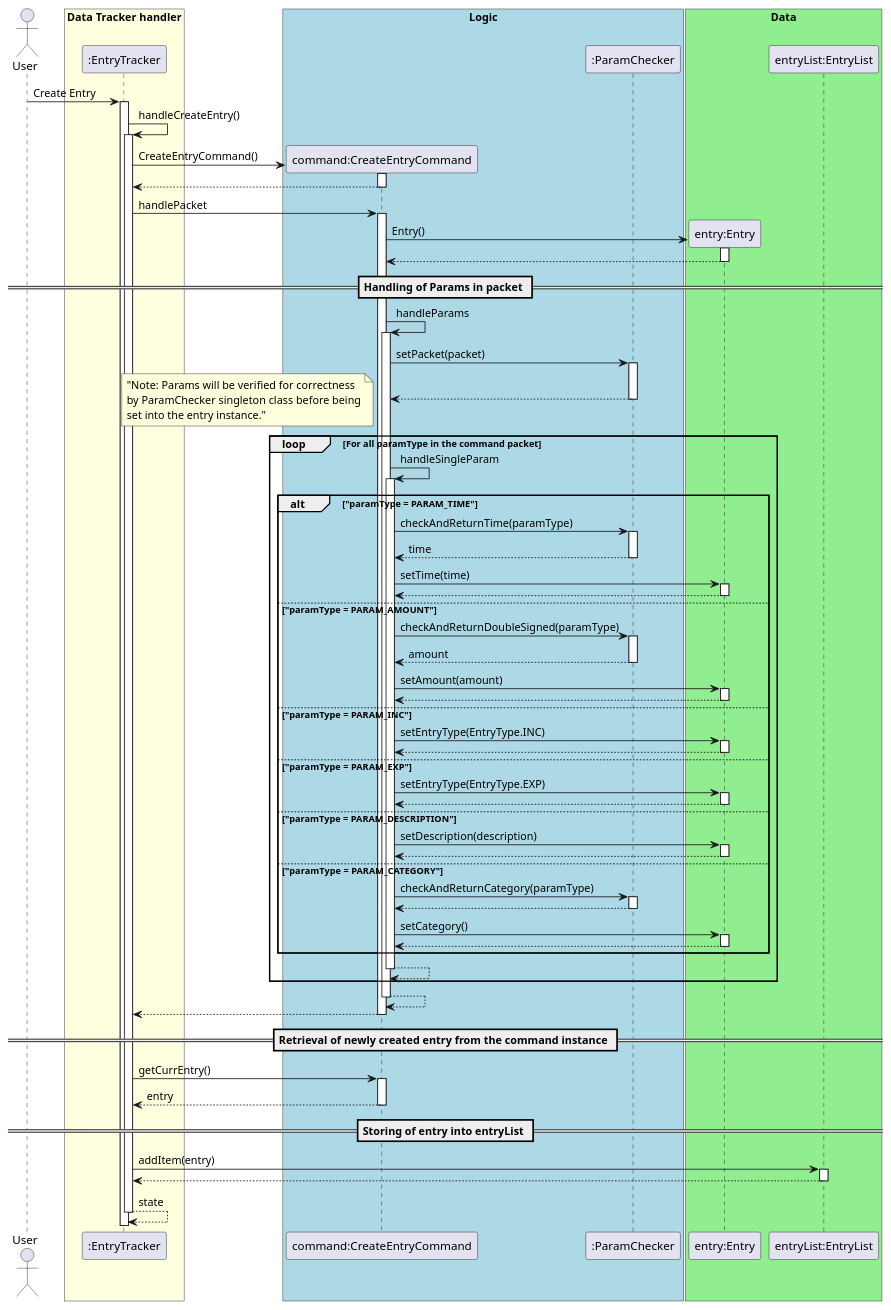
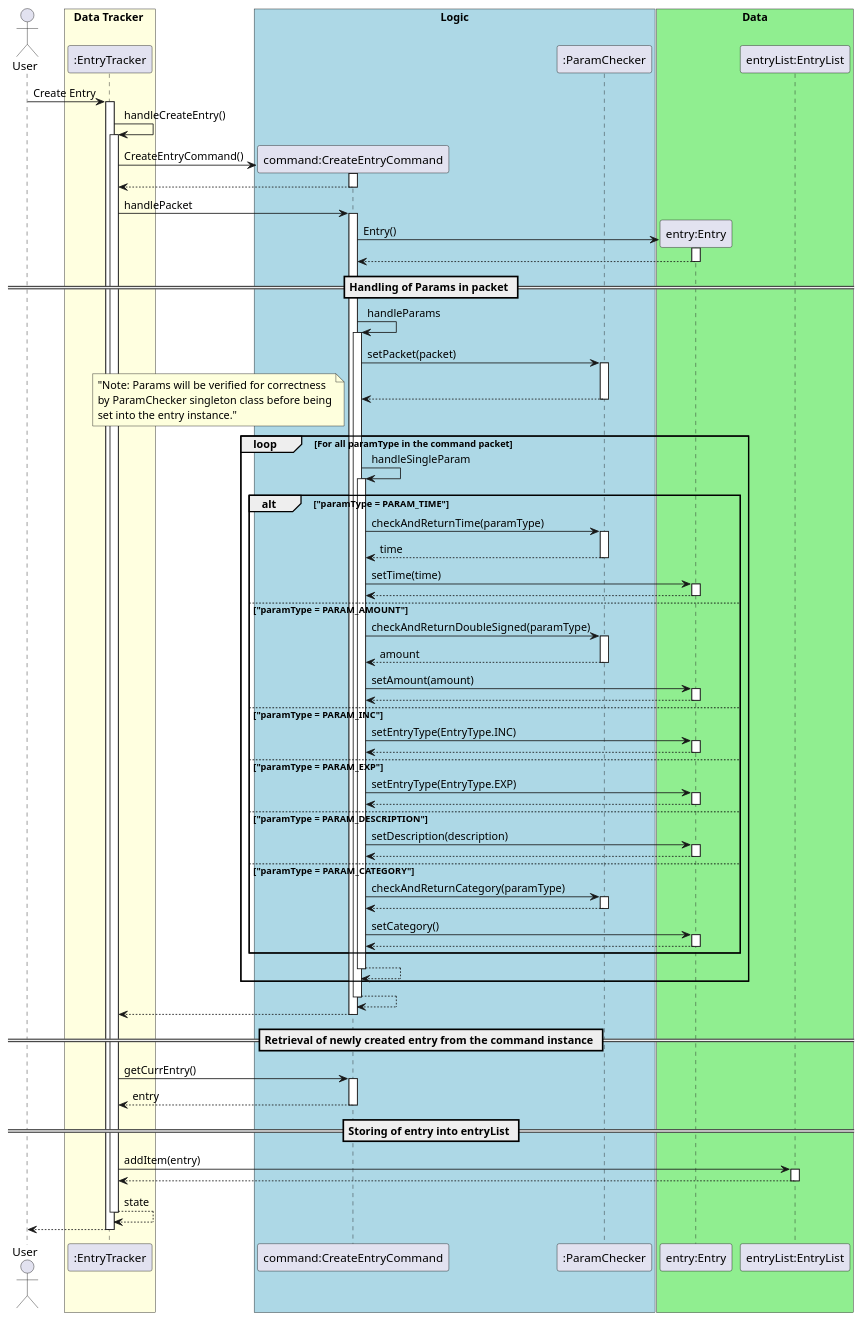
Before and after one commit to nus-cs2113-AY2021S1/tp: the diagram in docs/uml_images/manualTracker/entryTrackerCreateEntrySeqDiagram.puml, drawn with PlantUML. The commit also changed 32 other files, not shown here.

```diff
--- a/docs/uml_images/manualTracker/entryTrackerCreateEntrySeqDiagram.puml
+++ b/docs/uml_images/manualTracker/entryTrackerCreateEntrySeqDiagram.puml
@@ -1,74 +1,85 @@
 @startuml
 autoactivate on
 actor User
+skinparam shadowing false
 
-User-> ":EntryTracker": Create Entry
+skinparam sequence {
+ActorBorderColor white
+
+ActorBackgroundColor white
+ActorFontColor white
+ActorFontSize 17
+ActorFontName ""
+}
+
+User -> ":EntryTracker": Create Entry
 ":EntryTracker" ->":EntryTracker": handleCreateEntry()
     create "command:CreateEntryCommand"
    ":EntryTracker"-> "command:CreateEntryCommand" : CreateEntryCommand()
     return
 
    ":EntryTracker"-> "command:CreateEntryCommand" : handlePacket
 
         create "entry:Entry"
         "command:CreateEntryCommand" -> "entry:Entry" : Entry()
         return
         == Handling of Params in packet ==
         "command:CreateEntryCommand" -> "command:CreateEntryCommand" : handleParams
             "command:CreateEntryCommand" -> ":ParamChecker" : setPacket(packet)
             return
             loop For all paramType in the command packet
                 note left: "Note: Params will be verified for correctness\nby ParamChecker singleton class before being\nset into the entry instance."
                 "command:CreateEntryCommand" -> "command:CreateEntryCommand" : handleSingleParam
                     alt "paramType = PARAM_TIME"
                         "command:CreateEntryCommand" ->":ParamChecker": checkAndReturnTime(paramType)
                         return time
                         "command:CreateEntryCommand" -> "entry:Entry" : setTime(time)
                         return
                     else "paramType = PARAM_AMOUNT"
                         "command:CreateEntryCommand" ->":ParamChecker": checkAndReturnDoubleSigned(paramType)
                         return amount
                         "command:CreateEntryCommand" -> "entry:Entry" : setAmount(amount)
                         return
                     else "paramType = PARAM_INC"
                         "command:CreateEntryCommand" -> "entry:Entry" : setEntryType(EntryType.INC)
                         return
                     else "paramType = PARAM_EXP"
                         "command:CreateEntryCommand" -> "entry:Entry" : setEntryType(EntryType.EXP)
                         return
                     else "paramType = PARAM_DESCRIPTION"
                         "command:CreateEntryCommand" -> "entry:Entry" : setDescription(description)
                         return
                     else "paramType = PARAM_CATEGORY"
                         "command:CreateEntryCommand" ->":ParamChecker": checkAndReturnCategory(paramType)
                         return
                         "command:CreateEntryCommand" -> "entry:Entry" : setCategory()
                         return
                     end
                 return
             end
         return
    return
    == Retrieval of newly created entry from the command instance ==
    ":EntryTracker"-> "command:CreateEntryCommand" : getCurrEntry()
    return entry
    == Storing of entry into entryList ==
    ":EntryTracker"-> "entryList:EntryList" : addItem(entry)
     return
 
 return state
+return
 
-box "Data Tracker handler" #LightYellow
+box "Data Tracker " #LightYellow
 participant ":EntryTracker"
 endBox
 
 box "Logic" #LightBlue
 participant "command:CreateEntryCommand"
 participant ":ParamChecker"
 endBox
 
 box "Data" #LightGreen
 participant "entry:Entry"
 participant "entryList:EntryList"
 endBox
 @enduml
```
